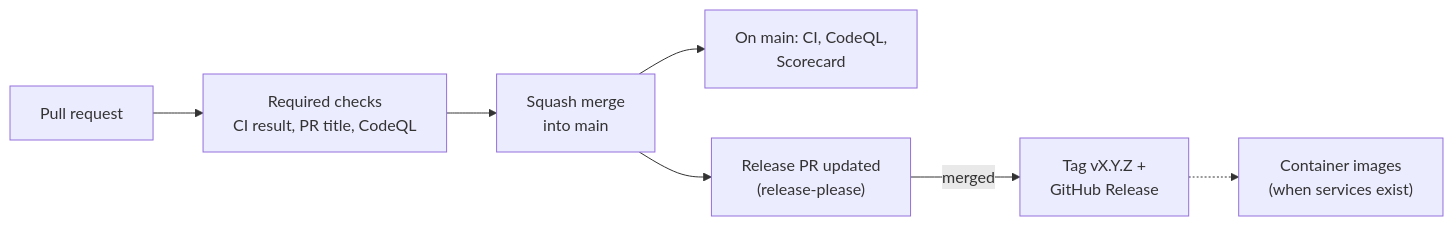
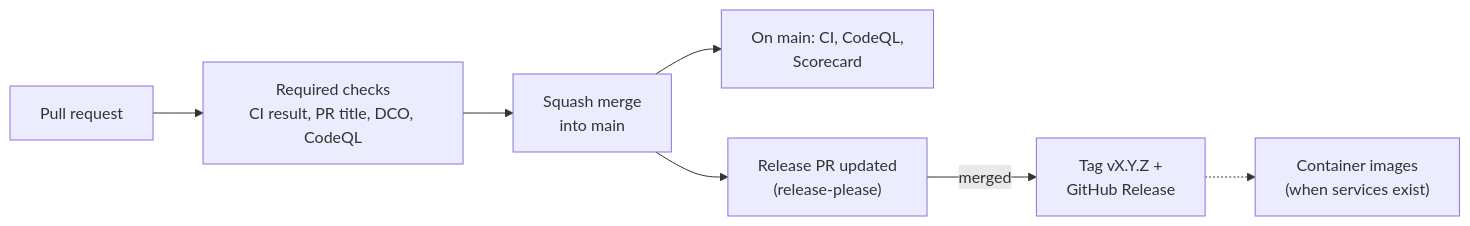
Before and after one commit to imapanda/ediflux: the diagram in docs/ci-cd.md, drawn with Mermaid. The commit also changed other lines of this file and 10 other files, not shown here.

````diff
--- a/docs/ci-cd.md
+++ b/docs/ci-cd.md
@@ -7,9 +7,9 @@
 ```mermaid
 flowchart LR
-    pr["Pull request"] --> checks["Required checks<br/>CI result, PR title, CodeQL"]
+    pr["Pull request"] --> checks["Required checks<br/>CI result, PR title, DCO, CodeQL"]
     checks --> merge["Squash merge<br/>into main"]
     merge --> post["On main: CI, CodeQL,<br/>Scorecard"]
     merge --> rp["Release PR updated<br/>(release-please)"]
     rp -->|merged| release["Tag vX.Y.Z +<br/>GitHub Release"]
     release -.-> images["Container images<br/>(when services exist)"]
 ```
````
